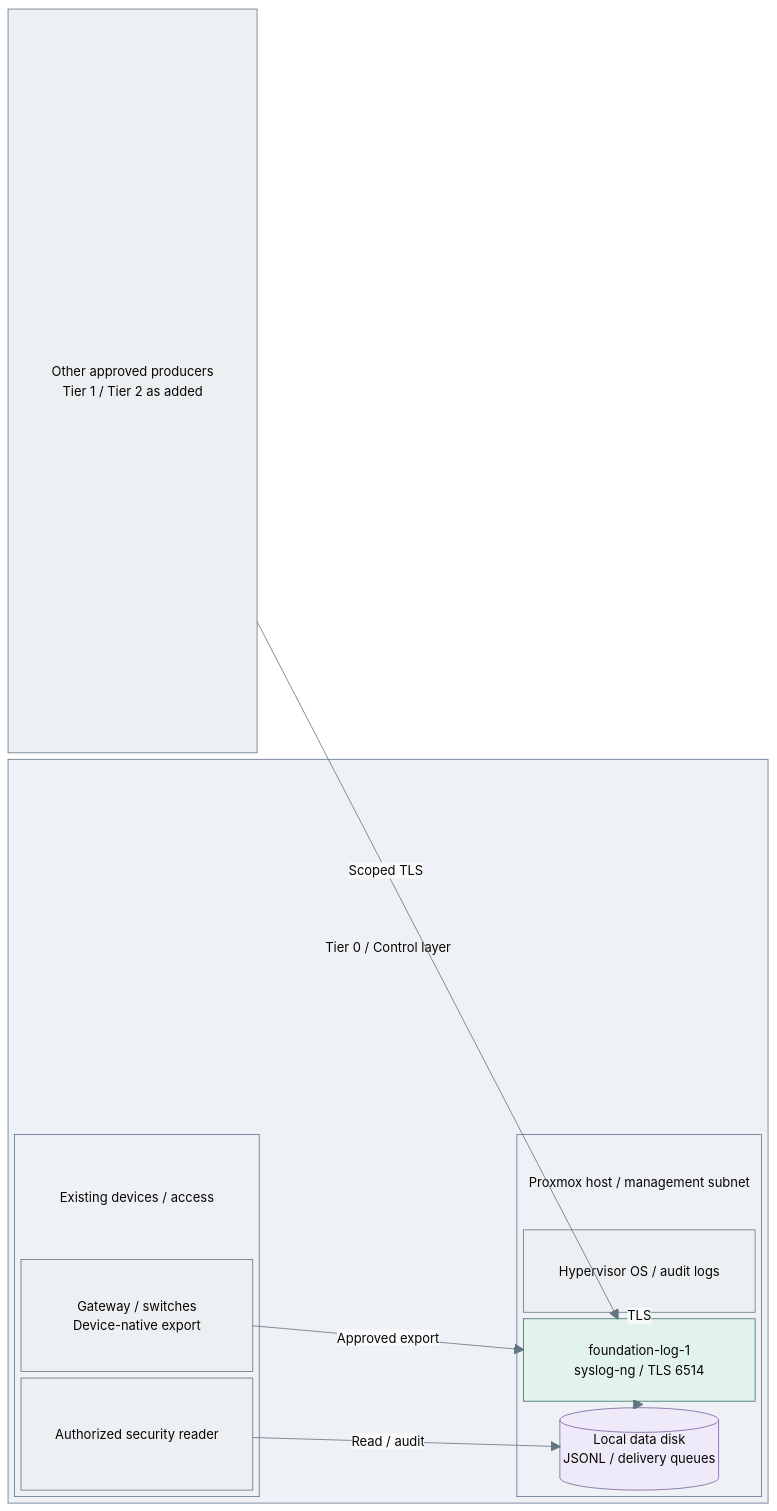
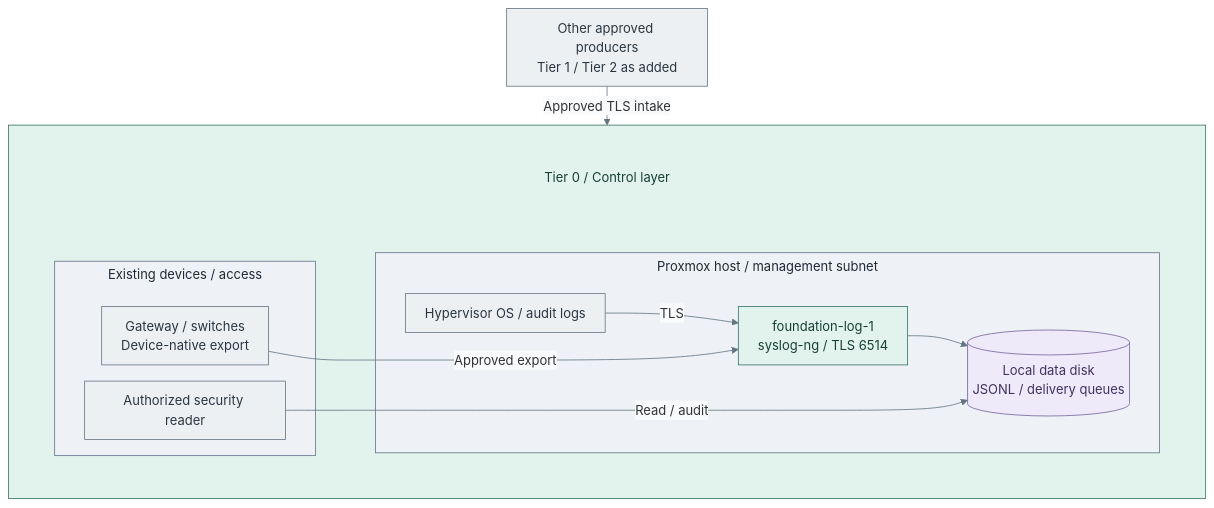
The second of 3 diagrams in docs/deployment/stage-1-logging/README.md (Rexus/homelab), drawn with Mermaid before and after one commit. The commit also changed other lines of this file and 4 other files, not shown here.

Commit message:
fix(diagrams): compact logging deployment views

````diff
--- a/docs/deployment/stage-1-logging/README.md
+++ b/docs/deployment/stage-1-logging/README.md
@@ -120,41 +111,40 @@
 ```mermaid
-%%{init: {"theme":"base","themeVariables":{"lineColor":"#627581","edgeLabelBackground":"#f8fafc"}}}%%
-block-beta
-  columns 3
+%%{init: {"theme":"base","flowchart":{"nodeSpacing":20,"rankSpacing":24,"padding":12,"subGraphTitleMargin":{"top":4,"bottom":12}},"themeVariables":{"lineColor":"#627581","edgeLabelBackground":"#f8fafc"}}}%%
+flowchart TB
   Sources["Other approved producers<br/>Tier 1 / Tier 2 as added"]
-  space:2
-  block:T0:3
-    columns 3
-    T0Title["Tier 0 / Control layer"]:3
-    block:Infrastructure
-      columns 1
-      InfraTitle["Existing devices / access"]
-      Devices["Gateway / switches<br/>Device-native export"]
-      Admin["Authorized security reader"]
+  subgraph T0[" "]
+    direction TB
+    T0Title["Tier 0 / Control layer"]
+    %% Keep the heading above a content-sized placement group, independent of external links.
+    subgraph Placement[" "]
+      direction LR
+      subgraph Infrastructure["Existing devices / access"]
+        Devices["Gateway / switches<br/>Device-native export"]
+        Admin["Authorized security reader"]
+      end
+      subgraph PVE["Proxmox host / management subnet"]
+        Host["Hypervisor OS / audit logs"]
+        VM["foundation-log-1<br/>syslog-ng / TLS 6514"]
+        Records[("Local data disk<br/>JSONL / delivery queues")]
+        Host -->|TLS| VM
+        VM --> Records
+      end
+      Devices -->|Approved export| VM
+      Admin -->|Read / audit| Records
+      Infrastructure ~~~ PVE
     end
-    space
-    block:PVE
-      columns 1
-      HostTitle["Proxmox host / management subnet"]
-      Host["Hypervisor OS / audit logs"]
-      VM["foundation-log-1<br/>syslog-ng / TLS 6514"]
-      Records[("Local data disk<br/>JSONL / delivery queues")]
-    end
+    T0Title ~~~ Placement
   end
-  Sources -- "Scoped TLS" --> VM
-  Devices -- "Approved export" --> VM
-  Host -- "TLS" --> VM
-  VM --> Records
-  Admin -- "Read / audit" --> Records
+  Sources -->|Approved TLS intake| T0
   classDef default fill:#f8fafc,stroke:#64748b,color:#1f2937
   classDef boundary fill:#eef2f6,stroke:#64748b,color:#1f2937
-  classDef heading fill:none,stroke:none,color:#1f2937
   classDef actor fill:#edf0f3,stroke:#697682,color:#293642
   classDef control fill:#e2f3ed,stroke:#397366,color:#173f36
+  classDef controlHeading fill:#e2f3ed,stroke:#e2f3ed,color:#173f36
   classDef data fill:#eeeafa,stroke:#78639b,color:#42325d
-  class T0,Infrastructure,PVE boundary
-  class T0Title,InfraTitle,HostTitle heading
+  class Infrastructure,PVE boundary
   class Sources,Devices,Host,Admin actor
-  class VM control
+  class T0,VM control
+  class T0Title,Placement controlHeading
   class Records data
 ```
````
